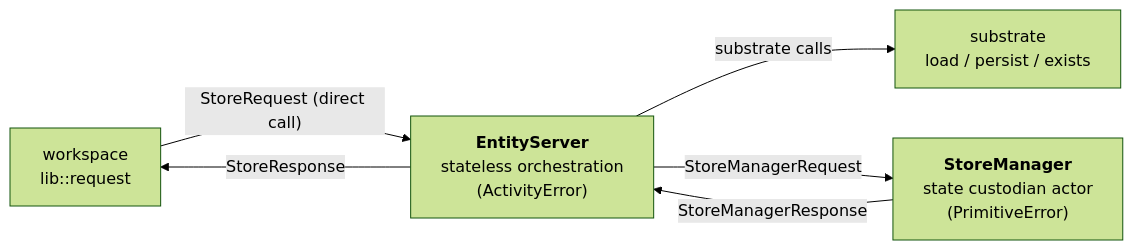
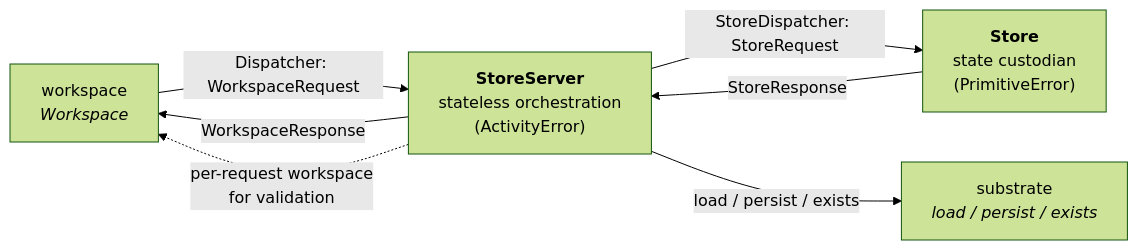
One commit to Gubbi/pari changed the first of 4 diagrams in docs/design/layers/store.md. Above: the diagram before and after it, drawn with Mermaid (forest theme). The commit also changed other lines of this file and 2 other files, not shown here.

First line of the commit message:
Reshape store doc around two dispatch boundaries

````diff
--- a/docs/design/layers/store.md
+++ b/docs/design/layers/store.md
@@ -30,13 +32,14 @@
 ```mermaid
 flowchart LR
-    ws["workspace<br/>lib::request"]
-    es["<b>EntityServer</b><br/>stateless orchestration<br/>(ActivityError)"]
-    sub["substrate<br/>load / persist / exists"]
-    sm["<b>StoreManager</b><br/>state custodian actor<br/>(PrimitiveError)"]
+    ws["workspace<br/><i>Workspace</i>"]
+    server["<b>StoreServer</b><br/>stateless orchestration<br/>(ActivityError)"]
+    sub["substrate<br/><i>load / persist / exists</i>"]
+    store["<b>Store</b><br/>state custodian<br/>(PrimitiveError)"]
 
-    ws -- "StoreRequest (direct call)" --> es
-    es -- "substrate calls" --> sub
-    es -- "StoreManagerRequest" --> sm
-    sm -- "StoreManagerResponse" --> es
-    es -- "StoreResponse" --> ws
+    ws -- "Dispatcher: WorkspaceRequest" --> server
+    server -- "WorkspaceResponse" --> ws
+    server -- "StoreDispatcher: StoreRequest" --> store
+    store -- "StoreResponse" --> server
+    server -- "load / persist / exists" --> sub
+    server -.->|"per-request workspace<br/>for validation"| ws
 ```
````
